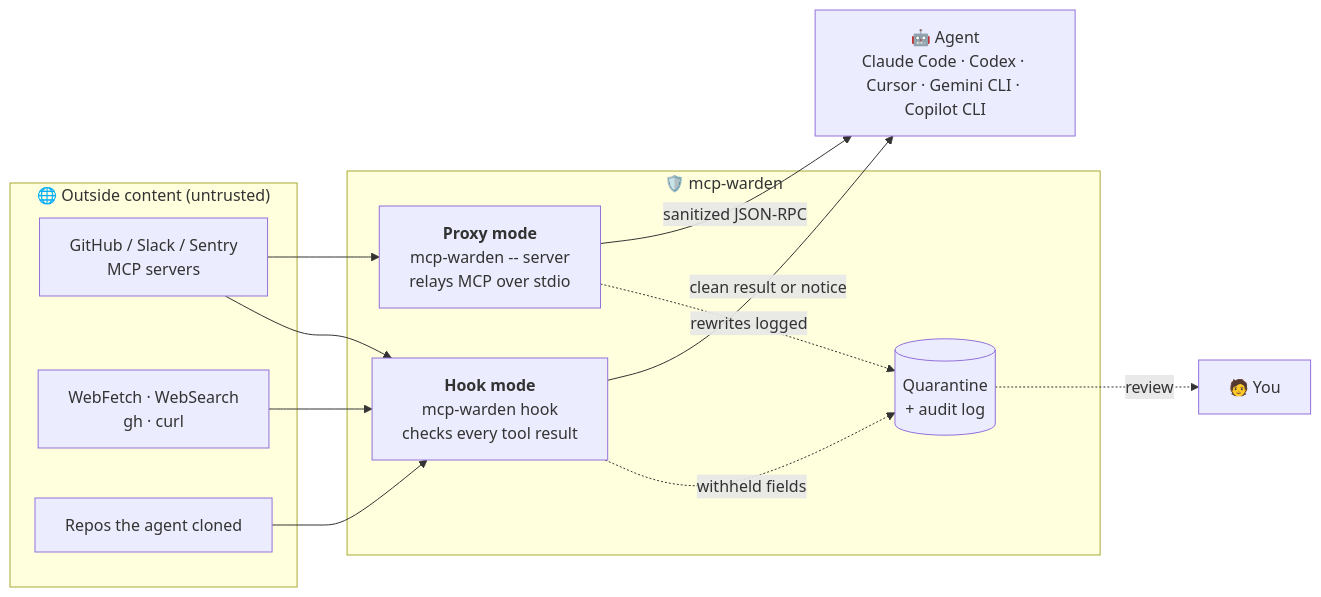
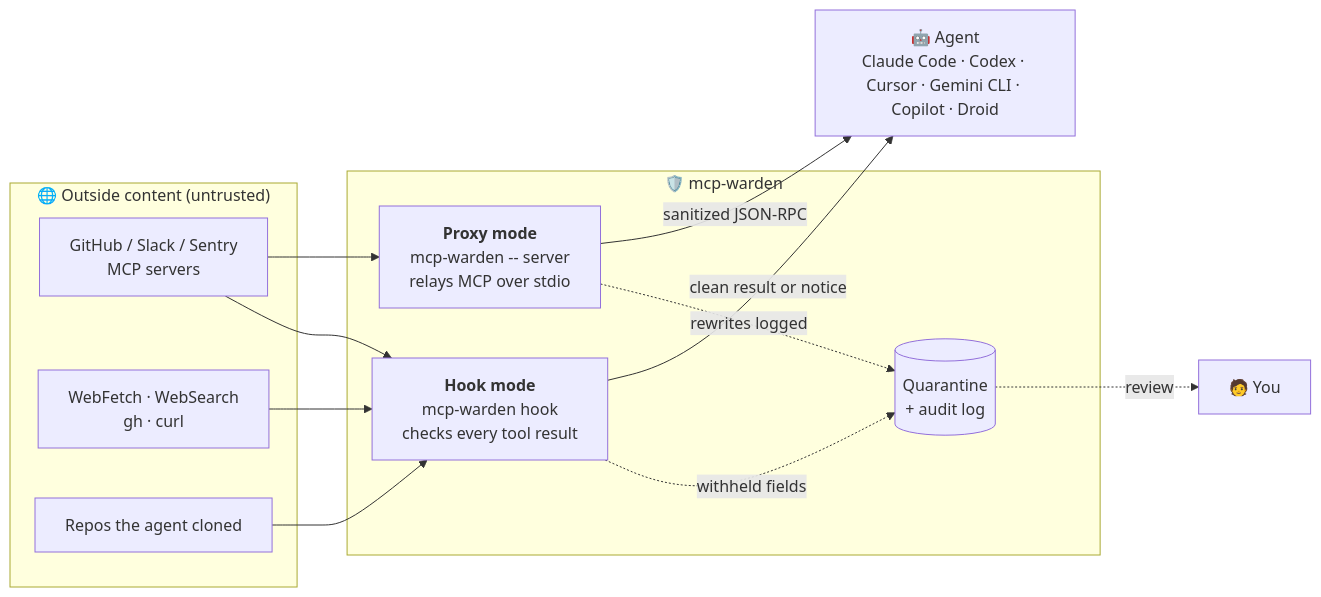
Before and after one commit to AncientiCe/mcp-warden: the first of 4 diagrams in README.md, drawn with Mermaid. The commit also changed other lines of this file and 6 other files, not shown here.

````diff
--- a/README.md
+++ b/README.md
@@ -102,27 +102,27 @@
 ```mermaid
 flowchart LR
     subgraph Outside["🌐 Outside content (untrusted)"]
         GH["GitHub / Slack / Sentry<br/>MCP servers"]
         WEB["WebFetch · WebSearch<br/>gh · curl"]
         CLONE["Repos the agent cloned"]
     end
 
     subgraph Warden["🛡️ mcp-warden"]
         HOOK["<b>Hook mode</b><br/>mcp-warden hook<br/>checks every tool result"]
         PROXY["<b>Proxy mode</b><br/>mcp-warden -- server<br/>relays MCP over stdio"]
         Q[("Quarantine<br/>+ audit log")]
     end
 
-    AGENT["🤖 Agent<br/>Claude Code · Codex · Cursor · Gemini CLI · Copilot CLI"]
+    AGENT["🤖 Agent<br/>Claude Code · Codex · Cursor · Gemini CLI · Copilot · Droid"]
     YOU["🧑 You"]
 
     GH --> PROXY
     GH --> HOOK
     WEB --> HOOK
     CLONE --> HOOK
     HOOK -- "clean result or notice" --> AGENT
     PROXY -- "sanitized JSON-RPC" --> AGENT
     HOOK -. "withheld fields" .-> Q
     PROXY -. "rewrites logged" .-> Q
     Q -. "review" .-> YOU
 ```
````
